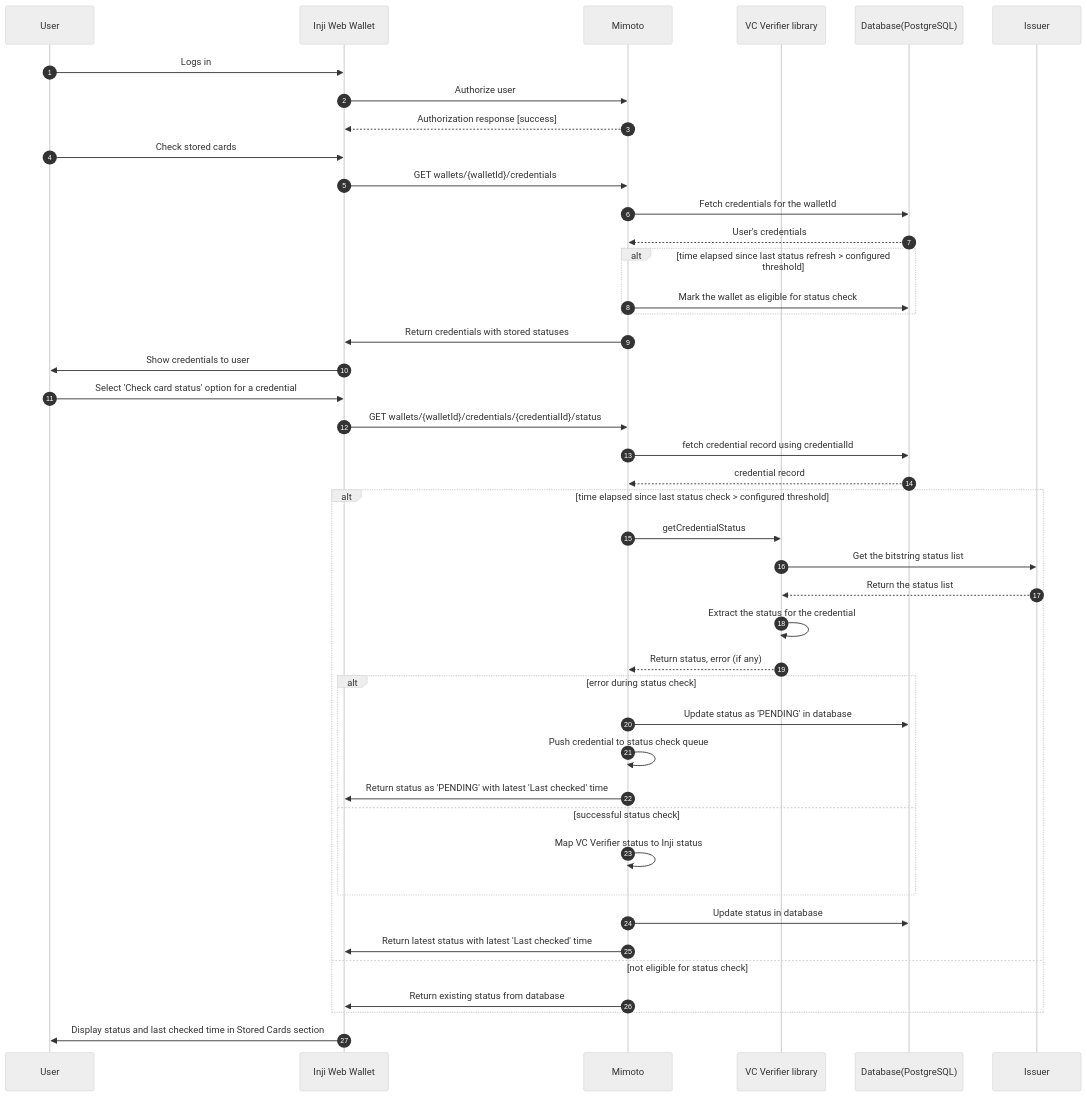
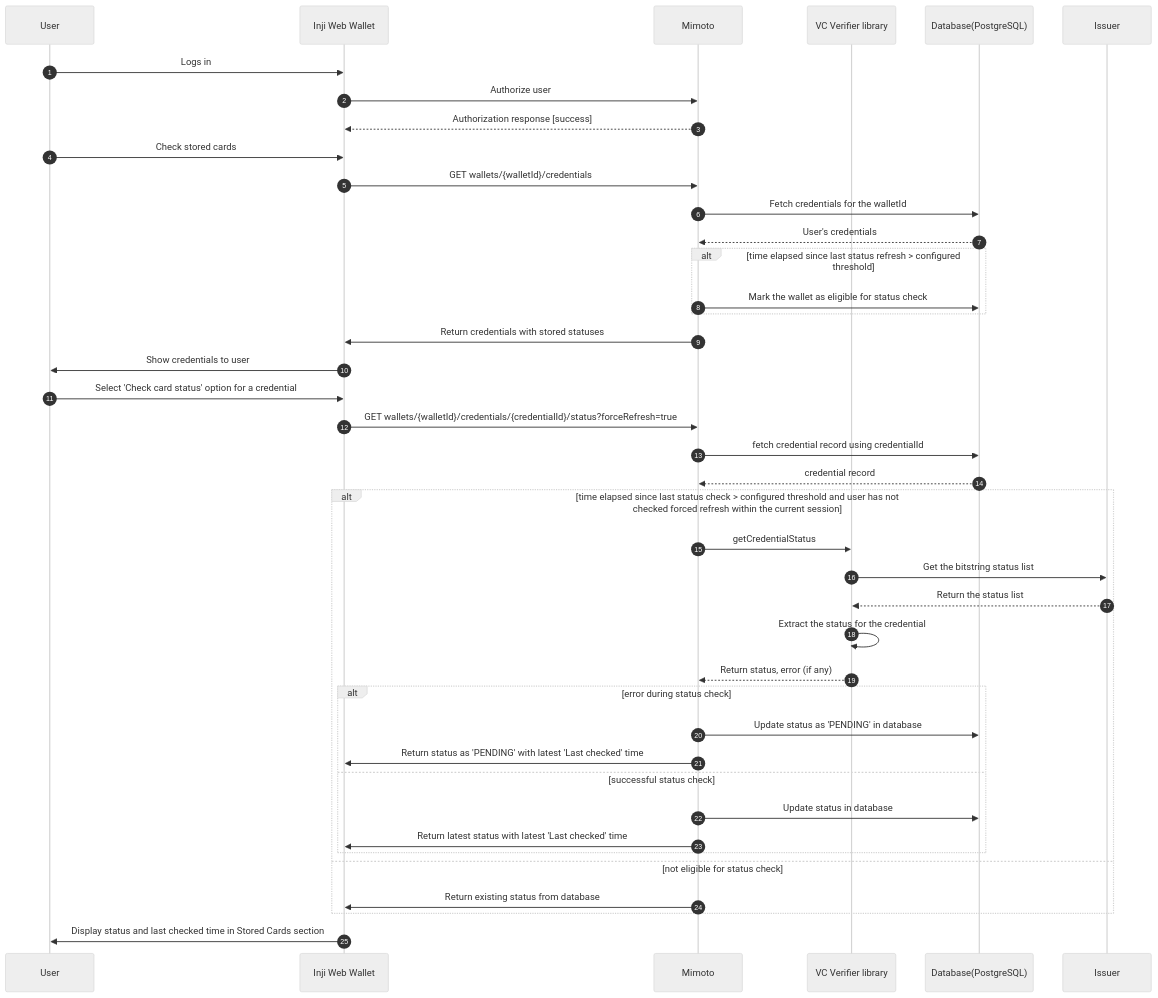
One commit to inji/mimoto changed the third of 4 diagrams in docs/VCStatusCheckDesign.md. Above: the diagram before and after it, drawn with Mermaid (neutral theme). The commit also changed other lines of this file, not shown here.

Commit message:
[INJIWEB-1793] Update the missing steps in the sequence diagram

````diff
--- a/docs/VCStatusCheckDesign.md
+++ b/docs/VCStatusCheckDesign.md
@@ -98,47 +98,45 @@
 ```mermaid
 sequenceDiagram
     autonumber
     participant User
     participant InjiWeb as Inji Web Wallet
     participant Mimoto
     participant VCVerifier as VC Verifier library
     participant Database as Database(PostgreSQL)
     participant Issuer
 
     User->>InjiWeb: Logs in
     InjiWeb->>Mimoto: Authorize user
     Mimoto-->> InjiWeb: Authorization response [success]
     User->>InjiWeb: Check stored cards
     InjiWeb->>Mimoto: GET wallets/{walletId}/credentials
     Mimoto->>Database: Fetch credentials for the walletId
     Database-->>Mimoto: User's credentials
 
     alt time elapsed since last status refresh > configured threshold
         Mimoto->>Database: Mark the wallet as eligible for status check
     end
     Mimoto->>InjiWeb: Return credentials with stored statuses
     InjiWeb->>User: Show credentials to user
     User->>InjiWeb: Select 'Check card status' option for a credential
-    InjiWeb->>Mimoto: GET wallets/{walletId}/credentials/{credentialId}/status
+    InjiWeb->>Mimoto: GET wallets/{walletId}/credentials/{credentialId}/status?forceRefresh=true
     Mimoto->>Database: fetch credential record using credentialId
     Database-->>Mimoto: credential record
-    alt time elapsed since last status check > configured threshold
+    alt time elapsed since last status check > configured threshold and user has not checked forced refresh within the current session
         Mimoto->>VCVerifier: getCredentialStatus
         VCVerifier->>Issuer: Get the bitstring status list
         Issuer-->>VCVerifier: Return the status list
         VCVerifier->>VCVerifier: Extract the status for the credential
         VCVerifier-->>Mimoto: Return status, error (if any)
         alt error during status check
             Mimoto->>Database: Update status as 'PENDING' in database
-            Mimoto->>Mimoto: Push credential to status check queue
             Mimoto->>InjiWeb: Return status as 'PENDING' with latest 'Last checked' time
         else successful status check
-            Mimoto->>Mimoto: Map VC Verifier status to Inji status
-        end    
-        Mimoto->>Database: Update status in database
-        Mimoto->>InjiWeb: Return latest status with latest 'Last checked' time 
+            Mimoto->>Database: Update status in database
+            Mimoto->>InjiWeb: Return latest status with latest 'Last checked' time
+        end
     else not eligible for status check
         Mimoto->>InjiWeb: Return existing status from database     
     end
     InjiWeb->>User: Display status and last checked time in Stored Cards section
 ```
````
